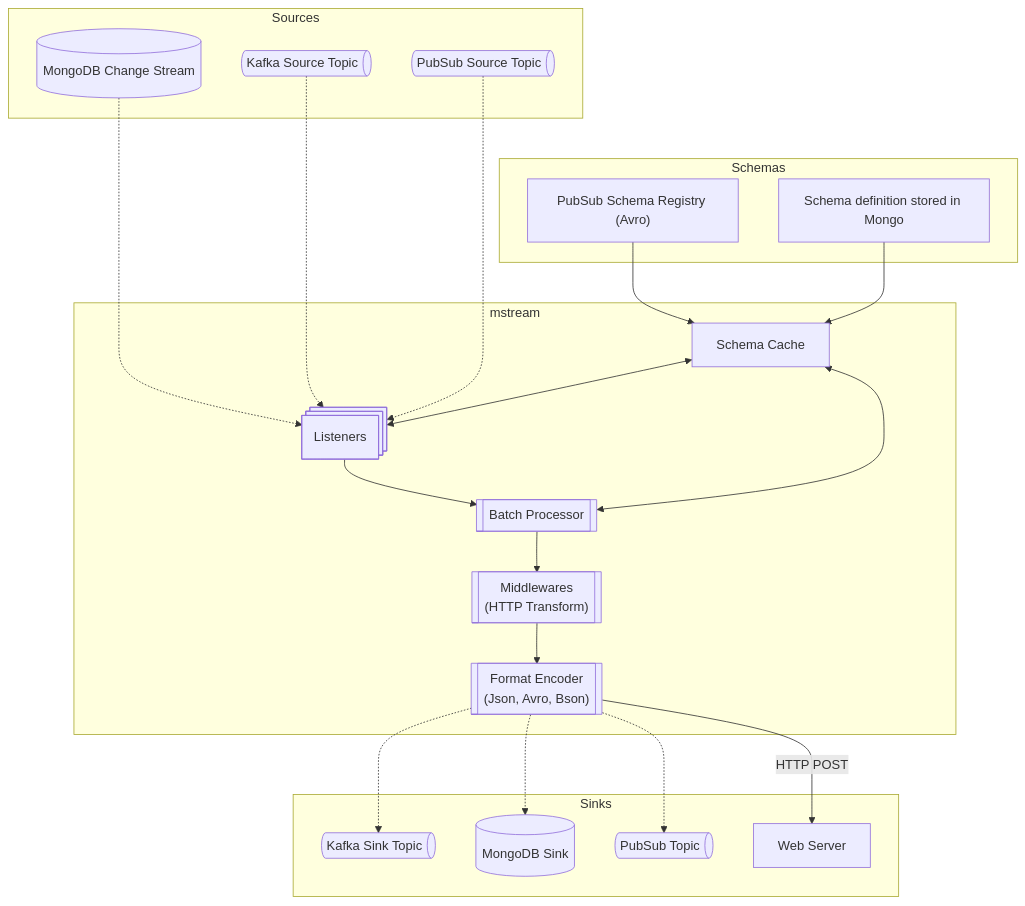
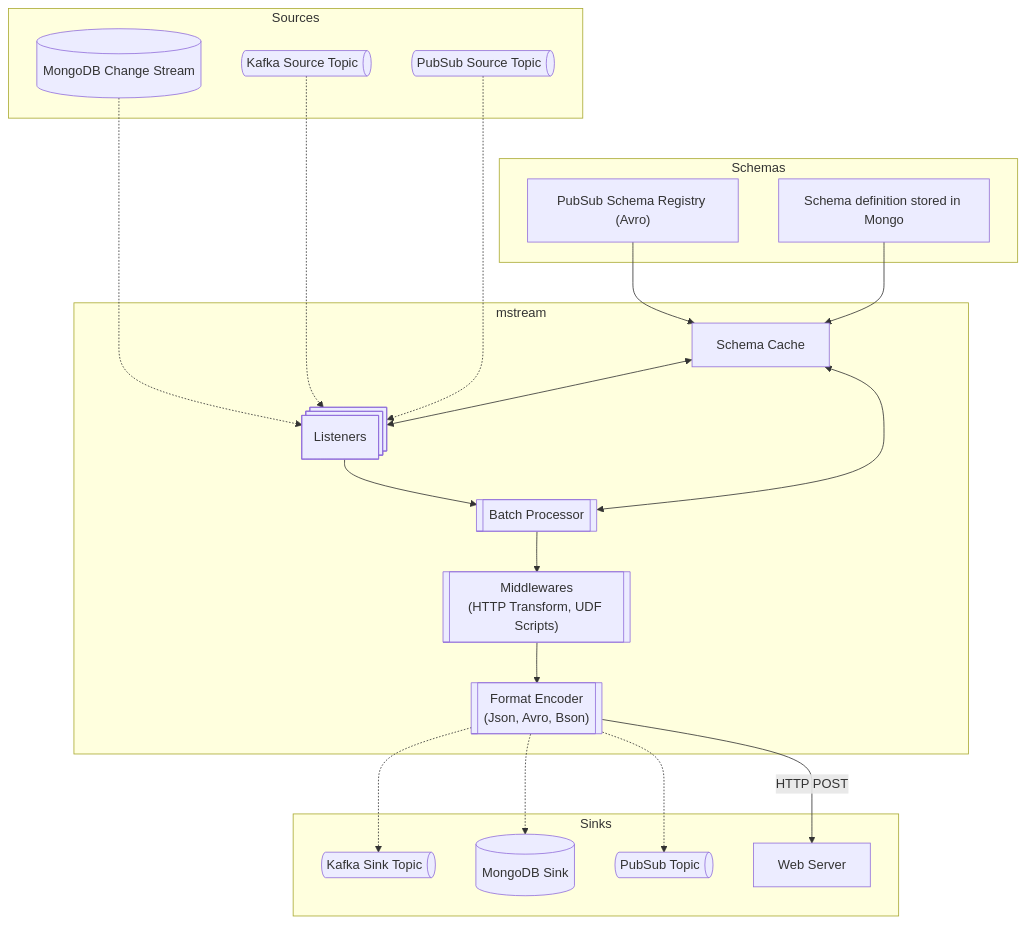
The first of 2 diagrams in README.md (makarski/mstream), drawn with Mermaid before and after one commit. The commit also changed other lines of this file and 15 other files, not shown here.

````diff
--- a/README.md
+++ b/README.md
@@ -44,51 +45,51 @@
 ```mermaid
 graph TB
     subgraph mstream[mstream]
         handler@{ shape: procs, label: "Listeners"}
         %% kafka_consumer[Kafka Consumer]
         schema_cache[Schema Cache]
         encoder[["`Format Encoder
         (Json, Avro, Bson)`"]]
         middleware[["`Middlewares
-        (HTTP Transform)`"]]
+        (HTTP Transform, UDF Scripts)`"]]
         batch_processor[["`Batch Processor`"]]
     end
 
     subgraph sources[Sources]
         kafka_source@{ shape: das, label: "Kafka Source Topic" }
         pubsub_source_topic@{ shape: das, label: "PubSub Source Topic" }
         mongodb_source@{shape: database, label: "MongoDB Change Stream" }
     end
 
 
     subgraph sinks[Sinks]
         kafka_sink@{ shape: das, label: "Kafka Sink Topic" }
         mongodb_target[(MongoDB Sink)]
         pubsub_sink_topic@{ shape: das, label: "PubSub Topic" }
         http_sink["Web Server"]
     end
 
 
     subgraph schemas[Schemas]
         pubsub_schema_registry@{label: "PubSub Schema Registry (Avro)" }
         mongodb_schema_storage@{label: "Schema definition stored in Mongo"}
     end
 
 
     mongodb_source -.-> handler
     kafka_source -...-> handler
     pubsub_source_topic -.-> handler
     pubsub_schema_registry --> schema_cache
     mongodb_schema_storage --> schema_cache
 
     handler --> batch_processor
     batch_processor --> middleware
     middleware --> encoder
     schema_cache <-->handler
     schema_cache <--> batch_processor
 
     encoder -.-> mongodb_target
     encoder -.-> pubsub_sink_topic
     encoder -.-> kafka_sink
     encoder --> |HTTP POST| http_sink
 ```
````
